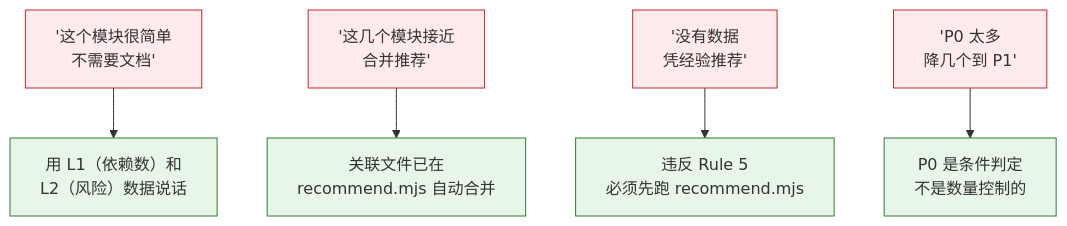
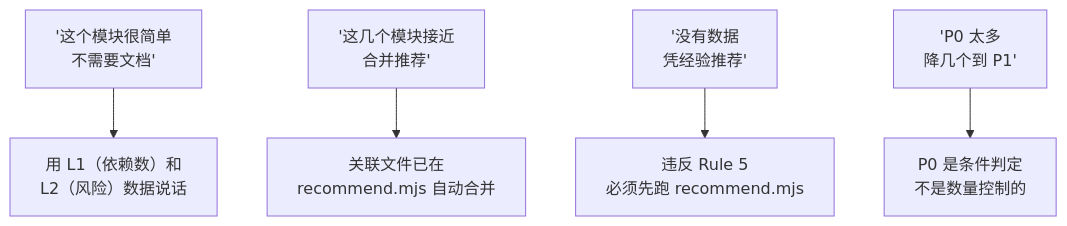
One commit to effiy/YrY changed the ninth of 9 diagrams in skills/rui/ranking.md. Above: the diagram before and after it, drawn with Mermaid. The commit also changed other lines of this file and 61 other files, not shown here.

````diff
--- a/skills/rui/ranking.md
+++ b/skills/rui/ranking.md
@@ -356,10 +331,8 @@
 ```mermaid
 flowchart TD
     FLAG1["'这个模块很简单<br/>不需要文档'"]:::flag --> FIX1["用 L1（依赖数）和<br/>L2（风险）数据说话"]:::fix
     FLAG2["'这几个模块接近<br/>合并推荐'"]:::flag --> FIX2["关联文件已在<br/>recommend.mjs 自动合并"]:::fix
     FLAG3["'没有数据<br/>凭经验推荐'"]:::flag --> FIX3["违反 Rule 5<br/>必须先跑 recommend.mjs"]:::fix
     FLAG4["'P0 太多<br/>降几个到 P1'"]:::flag --> FIX4["P0 是条件判定<br/>不是数量控制的"]:::fix
 
-    classDef flag fill:#ffebee,stroke:#c62828;
-    classDef fix fill:#e8f5e9,stroke:#2e7d32;
 ```
````
